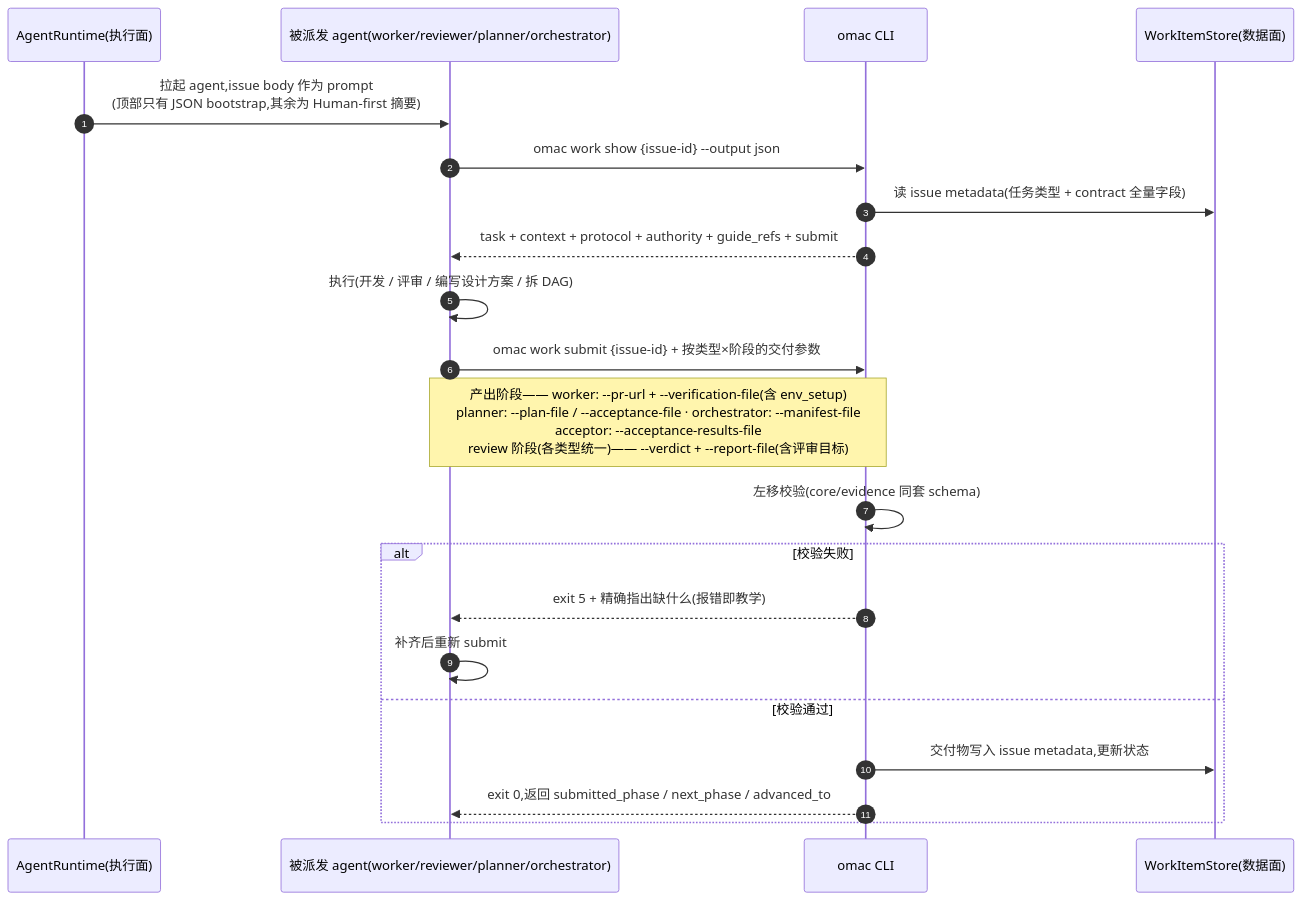
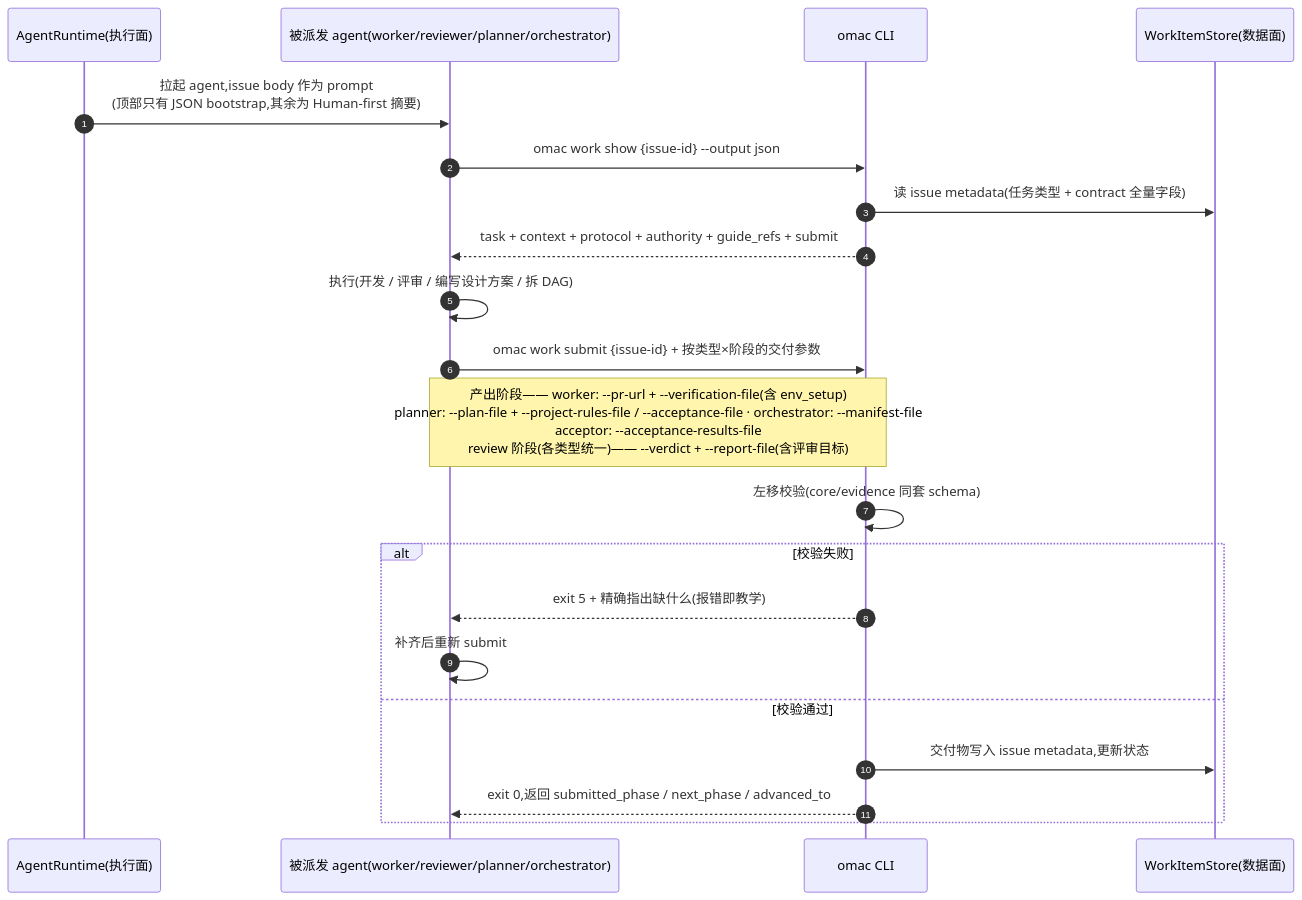
Before and after one commit to xiaohei-info/oh-my-multica: the fifth of 7 diagrams in docs/zh-CN/omac-cli-design.md, drawn with Mermaid. The commit also changed other lines of this file and 30 other files, not shown here.

Commit message:
add reviewed project rules delivery

````diff
--- a/docs/zh-CN/omac-cli-design.md
+++ b/docs/zh-CN/omac-cli-design.md
@@ -476,27 +476,27 @@
 ```mermaid
 sequenceDiagram
     autonumber
     participant M as AgentRuntime(执行面)
     participant A as 被派发 agent(worker/reviewer/planner/orchestrator)
     participant C as omac CLI
     participant P as WorkItemStore(数据面)
 
     M->>A: 拉起 agent,issue body 作为 prompt<br/>(顶部只有 JSON bootstrap,其余为 Human-first 摘要)
     A->>C: omac work show {issue-id} --output json
     C->>P: 读 issue metadata(任务类型 + contract 全量字段)
     C-->>A: task + context + protocol + authority + guide_refs + submit
 
     A->>A: 执行(开发 / 评审 / 编写设计方案 / 拆 DAG)
 
     A->>C: omac work submit {issue-id} + 按类型×阶段的交付参数
-    Note over A,C: 产出阶段—— worker: --pr-url + --verification-file(含 env_setup)<br/>planner: --plan-file / --acceptance-file · orchestrator: --manifest-file<br/>acceptor: --acceptance-results-file<br/>review 阶段(各类型统一)—— --verdict + --report-file(含评审目标)
+    Note over A,C: 产出阶段—— worker: --pr-url + --verification-file(含 env_setup)<br/>planner: --plan-file + --project-rules-file / --acceptance-file · orchestrator: --manifest-file<br/>acceptor: --acceptance-results-file<br/>review 阶段(各类型统一)—— --verdict + --report-file(含评审目标)
 
     C->>C: 左移校验(core/evidence 同套 schema)
     alt 校验失败
         C-->>A: exit 5 + 精确指出缺什么(报错即教学)
         A->>A: 补齐后重新 submit
     else 校验通过
         C->>P: 交付物写入 issue metadata,更新状态
         C-->>A: exit 0,返回 submitted_phase / next_phase / advanced_to
     end
 ```
````
